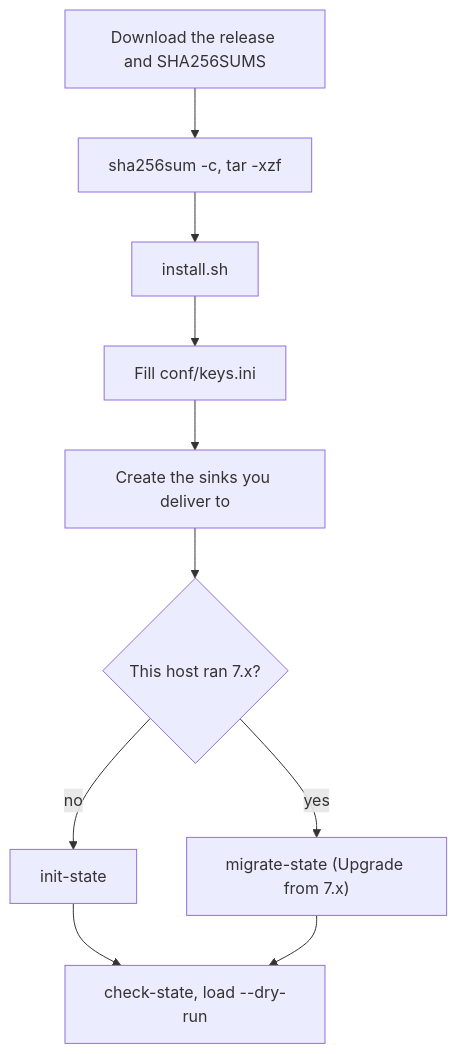
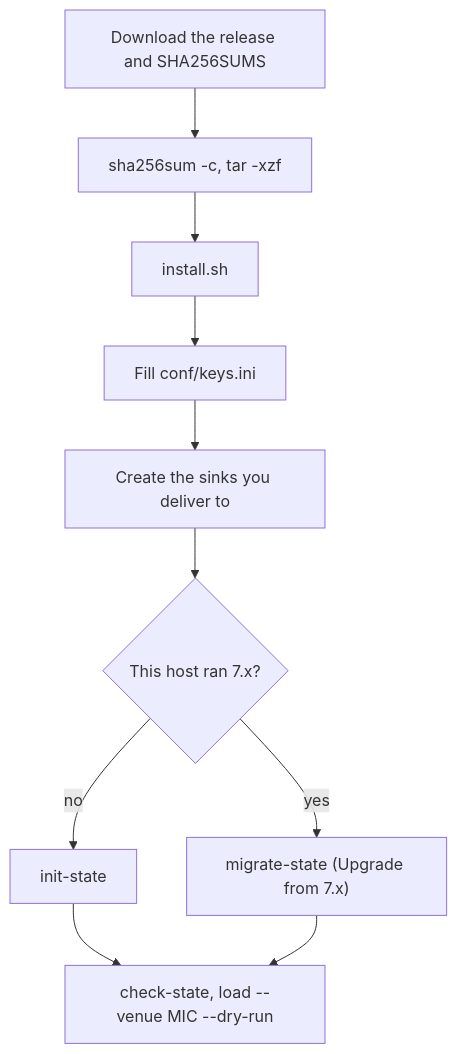
Before and after one commit to dvygo/Securities: the diagram in deploy/SETUP.md, drawn with Mermaid. The commit also changed other lines of this file and 33 other files, not shown here.

First line of the commit message:
8.0.0: every run is for one exchange (--venue MIC); no all-venue runs

````diff
--- a/deploy/SETUP.md
+++ b/deploy/SETUP.md
@@ -5,12 +5,12 @@
 ```mermaid
 flowchart TB
     A["Download the release and SHA256SUMS"] --> B["sha256sum -c, tar -xzf"]
     B --> C["install.sh"]
     C --> D["Fill conf/keys.ini"]
     D --> E["Create the sinks you deliver to"]
     E --> F{"This host ran 7.x?"}
     F -->|no| G["init-state"]
     F -->|yes| H["migrate-state (Upgrade from 7.x)"]
-    G --> I["check-state, load --dry-run"]
+    G --> I["check-state, load --venue MIC --dry-run"]
     H --> I
 ```
````
